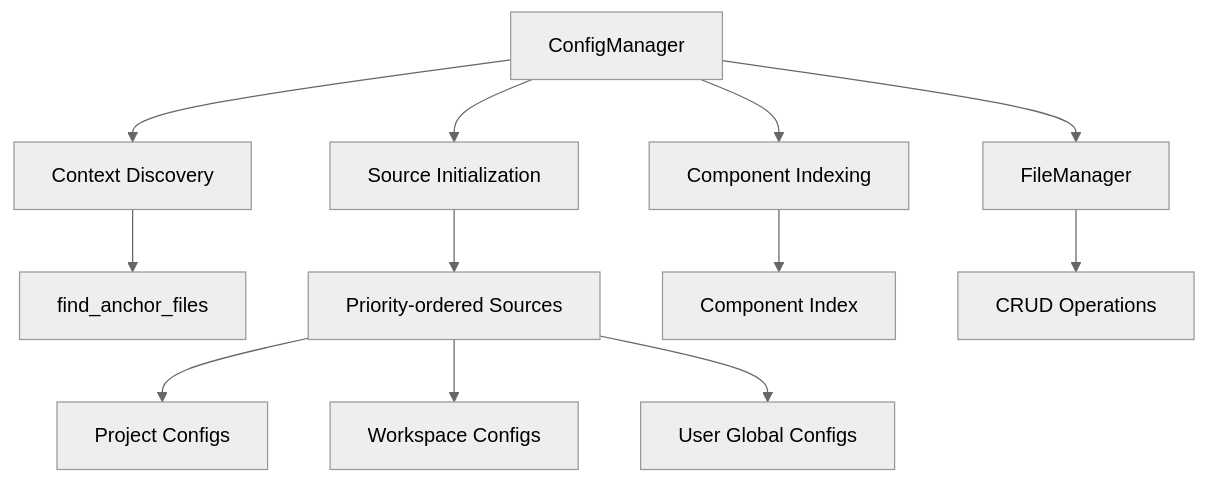
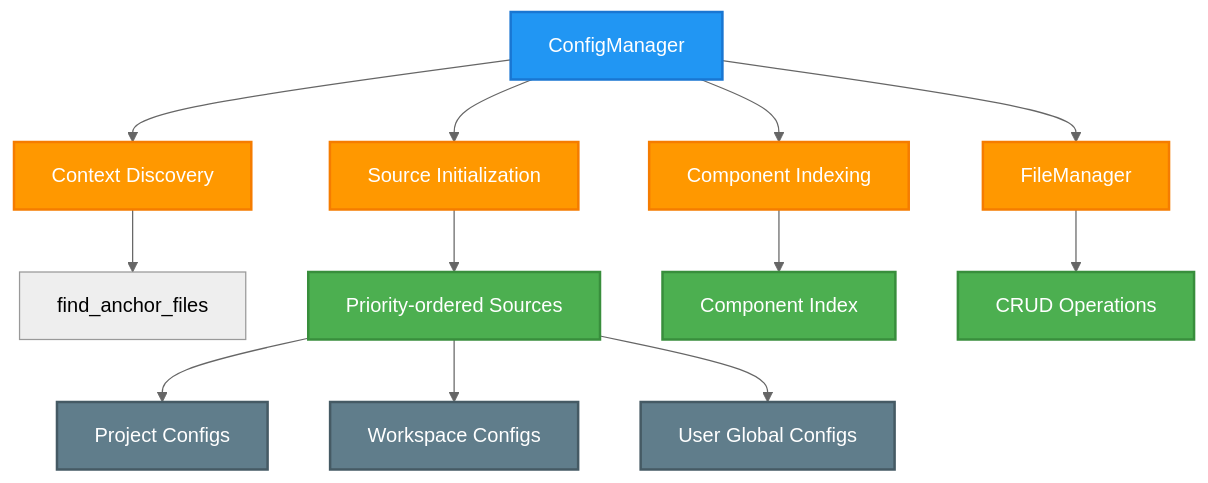
The first of 2 diagrams in docs/architecture/design/config_manager_design.md (Aurite-ai/aurite-agents), drawn with Mermaid (neutral theme) before and after one commit. The commit also changed 4 other files, not shown here.

````diff
--- a/docs/architecture/design/config_manager_design.md
+++ b/docs/architecture/design/config_manager_design.md
@@ -16,16 +16,28 @@
 ```mermaid
 graph TD
     A[ConfigManager] --> B[Context Discovery]
     A --> C[Source Initialization]
     A --> D[Component Indexing]
     A --> E[FileManager]
 
     B --> F[find_anchor_files]
     C --> G[Priority-ordered Sources]
     D --> H[Component Index]
     E --> I[CRUD Operations]
 
     G --> J[Project Configs]
     G --> K[Workspace Configs]
     G --> L[User Global Configs]
+
+    style A fill:#2196F3,stroke:#1976D2,stroke-width:2px,color:#fff
+    style B fill:#FF9800,stroke:#F57C00,stroke-width:2px,color:#fff
+    style C fill:#FF9800,stroke:#F57C00,stroke-width:2px,color:#fff
+    style D fill:#FF9800,stroke:#F57C00,stroke-width:2px,color:#fff
+    style E fill:#FF9800,stroke:#F57C00,stroke-width:2px,color:#fff
+    style G fill:#4CAF50,stroke:#388E3C,stroke-width:2px,color:#fff
+    style H fill:#4CAF50,stroke:#388E3C,stroke-width:2px,color:#fff
+    style I fill:#4CAF50,stroke:#388E3C,stroke-width:2px,color:#fff
+    style J fill:#607D8B,stroke:#455A64,stroke-width:2px,color:#fff
+    style K fill:#607D8B,stroke:#455A64,stroke-width:2px,color:#fff
+    style L fill:#607D8B,stroke:#455A64,stroke-width:2px,color:#fff
 ```
````
